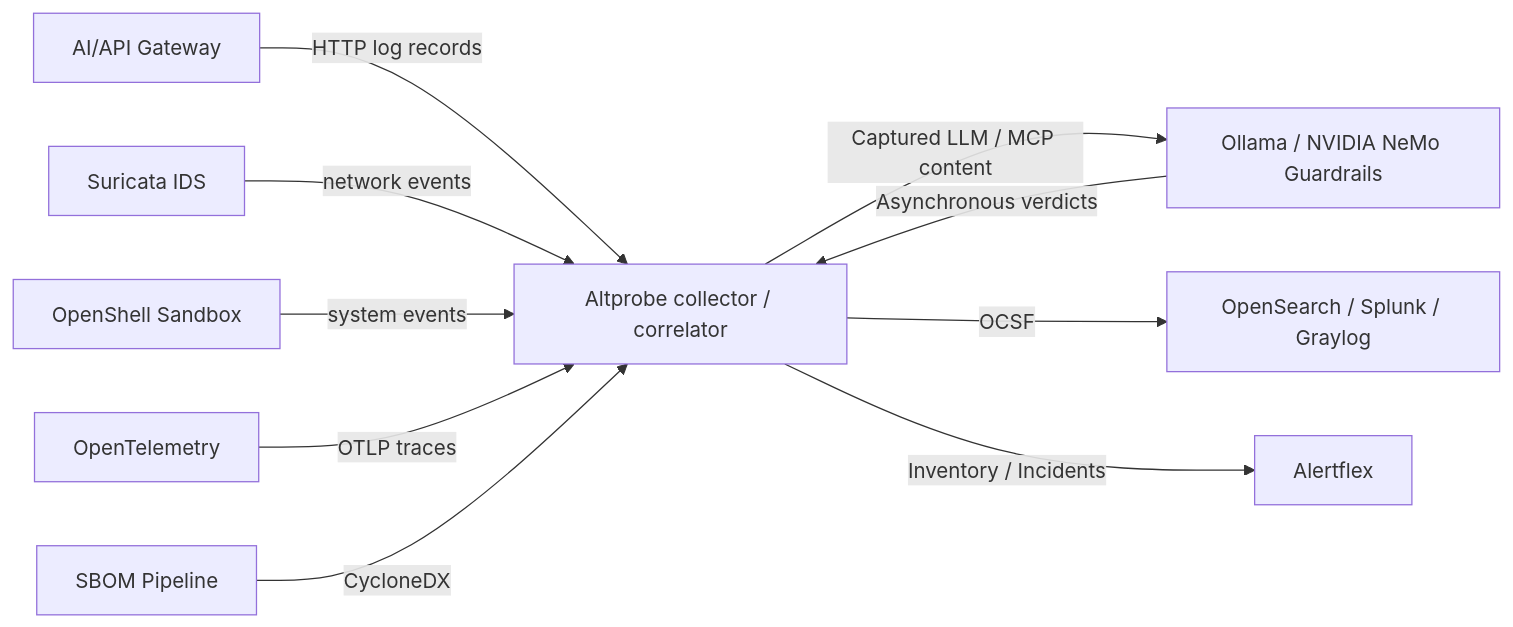
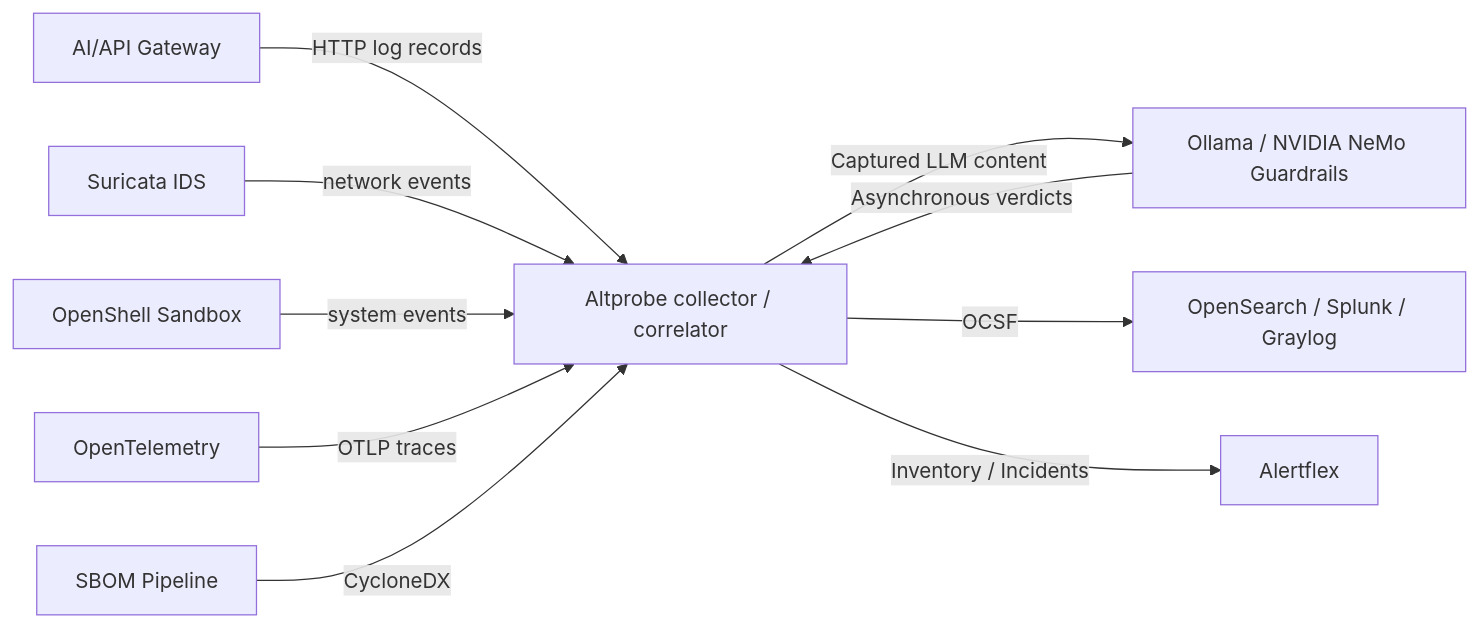
One commit to olegzhr/altprobe changed the diagram in README.md. Above: the diagram before and after it, drawn with Mermaid.

````diff
--- a/README.md
+++ b/README.md
@@ -49,12 +49,12 @@
 ```mermaid
 flowchart LR
     G[AI/API Gateway] -->|HTTP log records| A[Altprobe collector / correlator]
     N[Suricata IDS] -->|network events| A[Altprobe collector / correlator]
     H[OpenShell Sandbox] -->|system events| A[Altprobe collector / correlator]
     OTLP[OpenTelemetry] -->|OTLP traces| A[Altprobe collector / correlator]
     SBOM[SBOM Pipeline] -->|CycloneDX| A[Altprobe collector / correlator]
-    A -->|Captured LLM / MCP content| L[Ollama / NVIDIA NeMo Guardrails]
+    A -->|Captured LLM content| L[Ollama / NVIDIA NeMo Guardrails]
     L -->|Asynchronous verdicts| A
     A -->|OCSF| O[OpenSearch / Splunk / Graylog]
     A -->|Inventory / Incidents| C[Alertflex]
 ```
````
